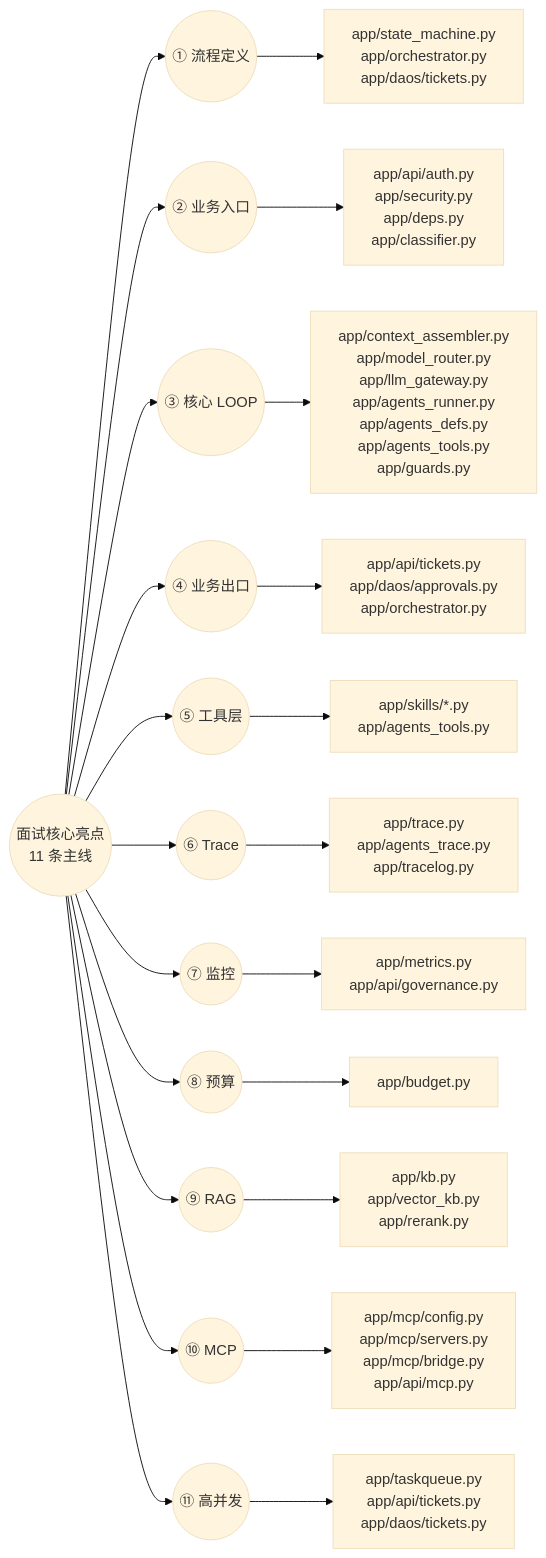
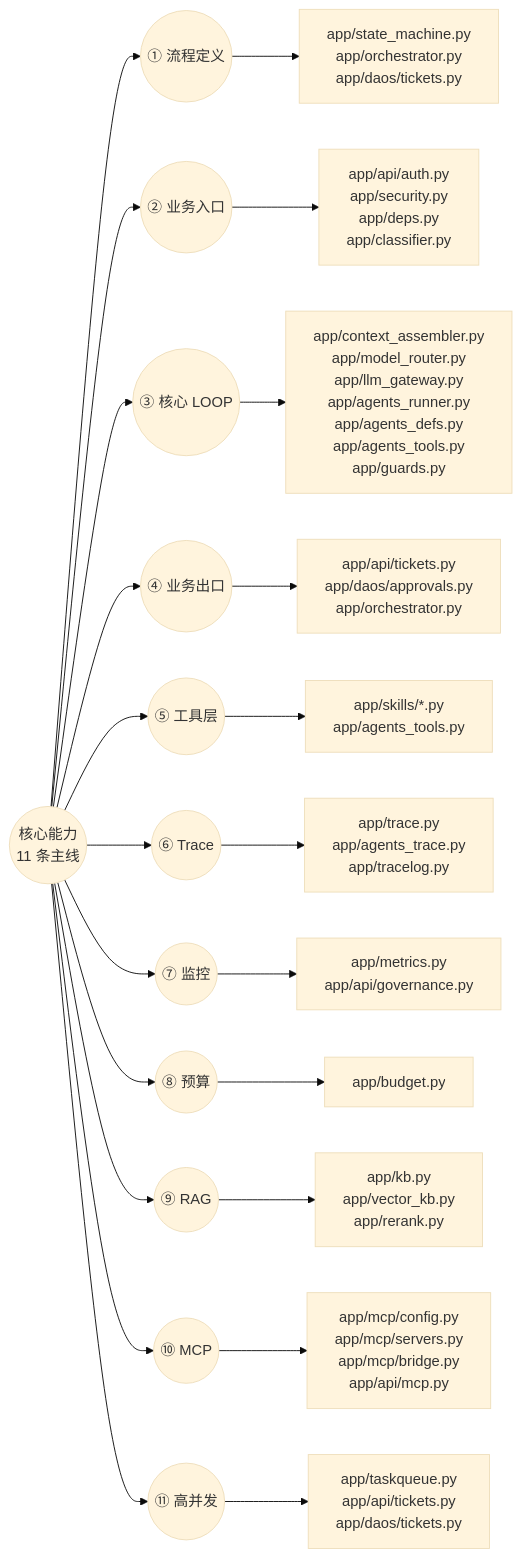
One commit to XiaoguaiXiaowai/Enterprise-Grade-Hybrid-Agent-Workflow_01 changed the diagram in docs/01-核心功能/06-能力-代码映射表.md. Above: the diagram before and after it, drawn with Mermaid (base theme). The commit also changed other lines of this file and 27 other files, not shown here.

````diff
--- a/docs/01-核心功能/06-能力-代码映射表.md
+++ b/docs/01-核心功能/06-能力-代码映射表.md
@@ -12,20 +12,20 @@
 ```mermaid
 flowchart LR
-    root(("面试核心亮点<br/>11 条主线"))
+    root(("核心能力<br/>11 条主线"))
     root --> c1((① 流程定义)); root --> c2((② 业务入口)); root --> c3((③ 核心 LOOP))
     root --> c4((④ 业务出口)); root --> c5((⑤ 工具层)); root --> c6((⑥ Trace))
     root --> c7((⑦ 监控)); root --> c8((⑧ 预算)); root --> c9((⑨ RAG))
     root --> c10((⑩ MCP)); root --> c11((⑪ 高并发))
 
     c1 --> s1["app/state_machine.py<br/>app/orchestrator.py<br/>app/daos/tickets.py"]
     c2 --> s2["app/api/auth.py<br/>app/security.py<br/>app/deps.py<br/>app/classifier.py"]
     c3 --> s3["app/context_assembler.py<br/>app/model_router.py<br/>app/llm_gateway.py<br/>app/agents_runner.py<br/>app/agents_defs.py<br/>app/agents_tools.py<br/>app/guards.py"]
     c4 --> s4["app/api/tickets.py<br/>app/daos/approvals.py<br/>app/orchestrator.py"]
     c5 --> s5["app/skills/*.py<br/>app/agents_tools.py"]
     c6 --> s6["app/trace.py<br/>app/agents_trace.py<br/>app/tracelog.py"]
     c7 --> s7["app/metrics.py<br/>app/api/governance.py"]
     c8 --> s8["app/budget.py"]
     c9 --> s9["app/kb.py<br/>app/vector_kb.py<br/>app/rerank.py"]
     c10 --> s10["app/mcp/config.py<br/>app/mcp/servers.py<br/>app/mcp/bridge.py<br/>app/api/mcp.py"]
     c11 --> s11["app/taskqueue.py<br/>app/api/tickets.py<br/>app/daos/tickets.py"]
 ```
````
